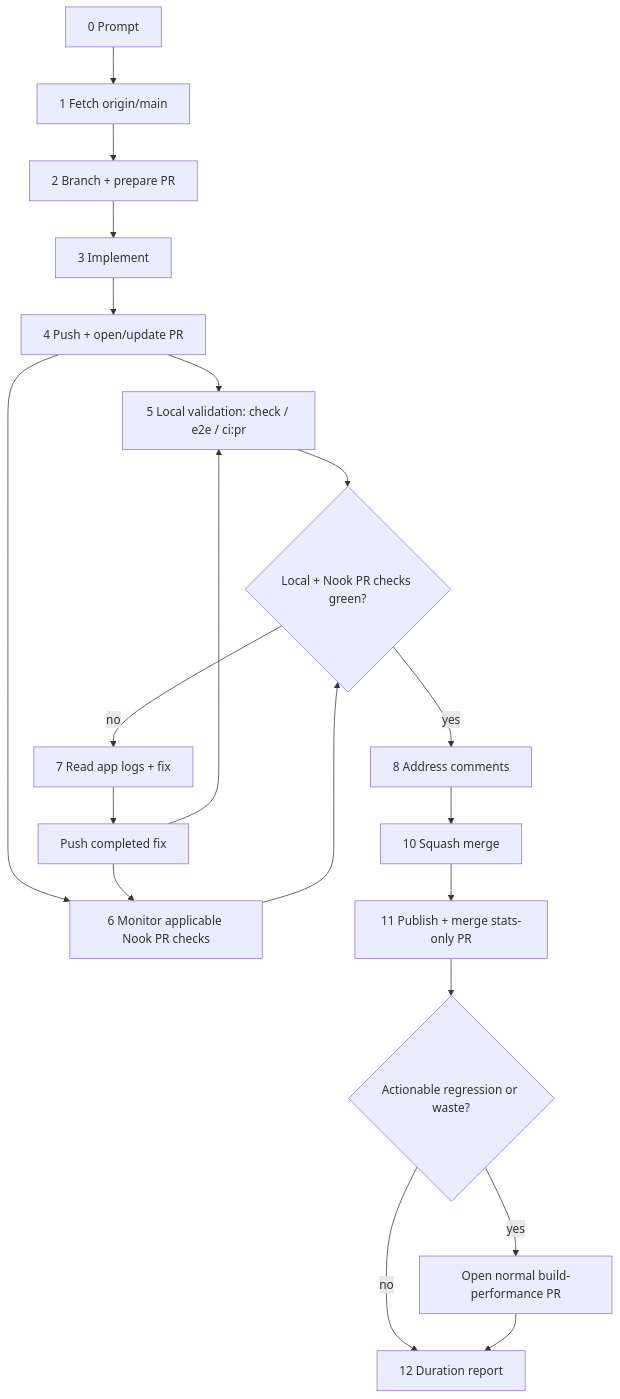
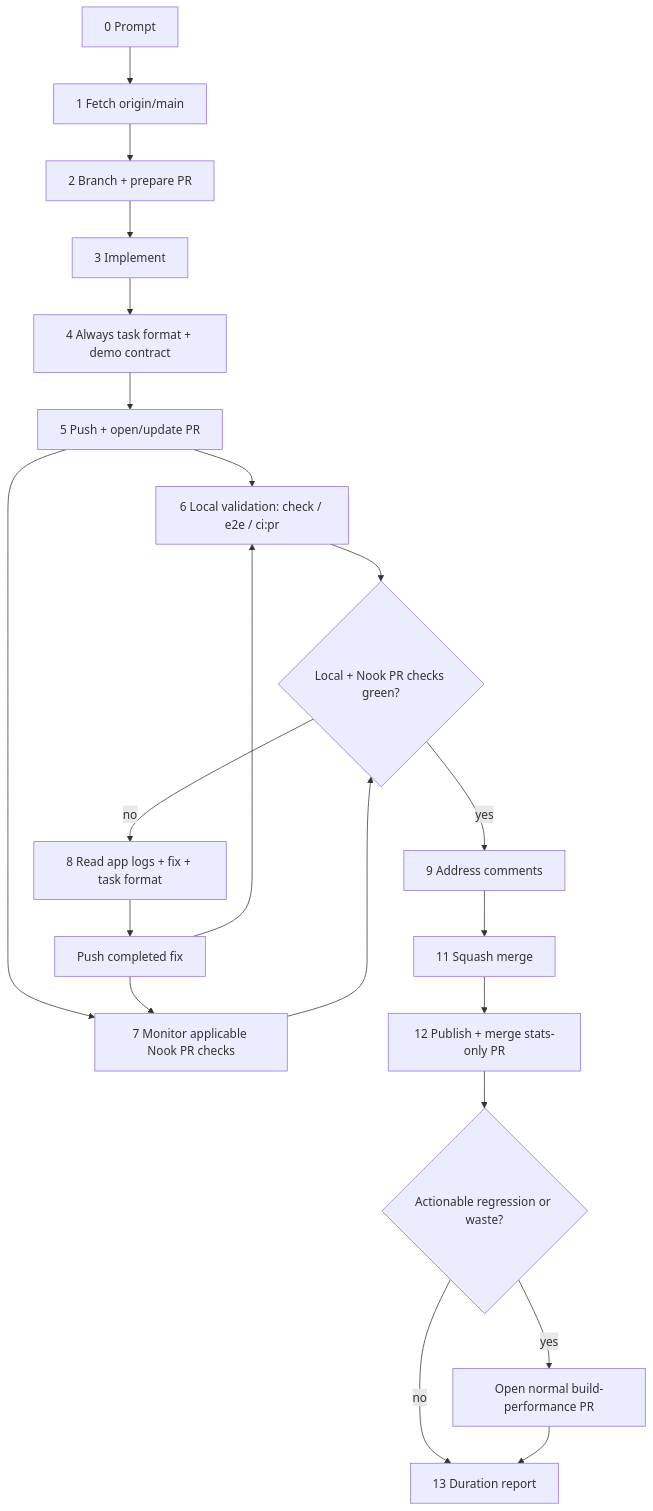
One commit to meta-secret/nook changed the diagram in .cortex/workflows/coding-bro.md. Above: the diagram before and after it, drawn with Mermaid. The commit also changed other lines of this file and 16 other files, not shown here.

````diff
--- a/.cortex/workflows/coding-bro.md
+++ b/.cortex/workflows/coding-bro.md
@@ -176,22 +203,23 @@
 ```mermaid
 flowchart TD
   P[0 Prompt] --> F[1 Fetch origin/main]
   F --> B[2 Branch + prepare PR]
   B --> I[3 Implement]
-  I --> PU[4 Push + open/update PR]
-  PU --> L[5 Local validation: check / e2e / ci:pr]
-  PU --> PR[6 Monitor applicable Nook PR checks]
+  I --> H[4 Always task format + demo contract]
+  H --> PU[5 Push + open/update PR]
+  PU --> L[6 Local validation: check / e2e / ci:pr]
+  PU --> PR[7 Monitor applicable Nook PR checks]
   L --> G{Local + Nook PR checks green?}
   PR --> G
-  G -->|yes| C[8 Address comments]
-  C --> M[10 Squash merge]
-  G -->|no| FIX[7 Read app logs + fix]
+  G -->|yes| C[9 Address comments]
+  C --> M[11 Squash merge]
+  G -->|no| FIX[8 Read app logs + fix + task format]
   FIX --> PUSH[Push completed fix]
   PUSH --> L
   PUSH --> PR
-  M --> S[11 Publish + merge stats-only PR]
+  M --> S[12 Publish + merge stats-only PR]
   S --> W{Actionable regression or waste?}
   W -->|yes| BP[Open normal build-performance PR]
-  W -->|no| D[12 Duration report]
+  W -->|no| D[13 Duration report]
   BP --> D
 ```
````
